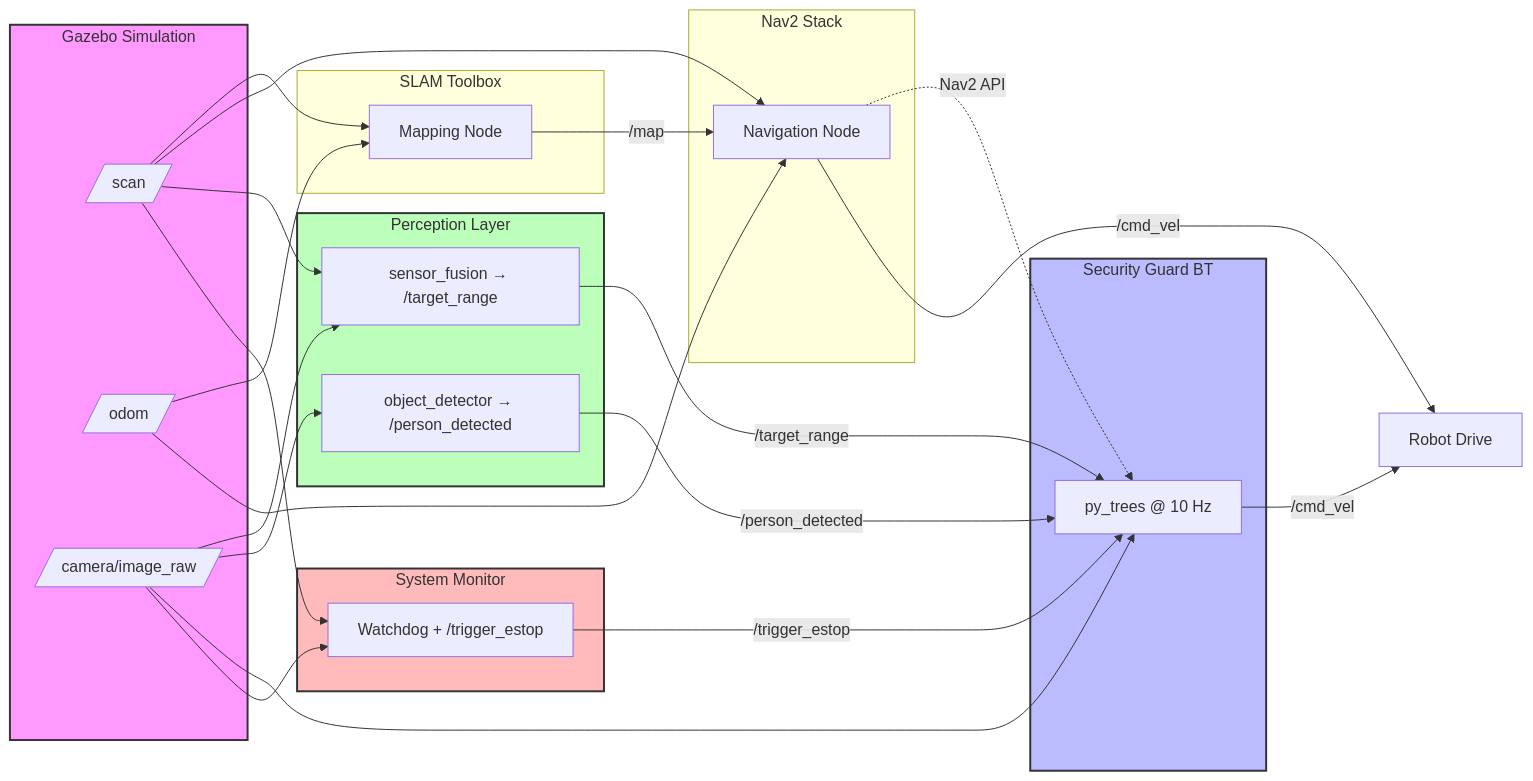
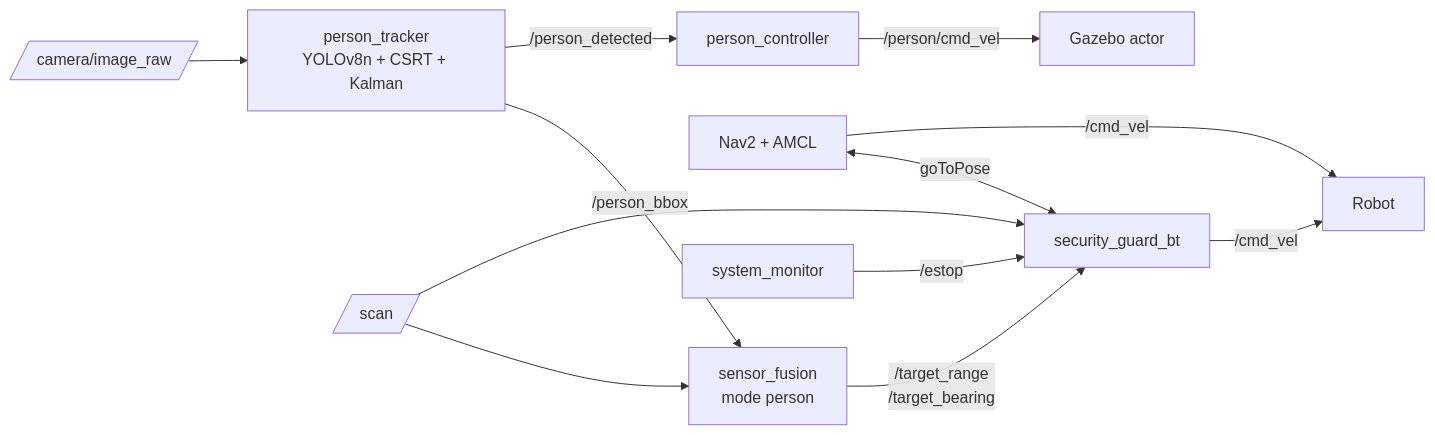
The diagram in README.md (OrtizDiego/AutoNav_Sim), drawn with Mermaid before and after one commit. The commit also changed other lines of this file and 47 other files, not shown here.

````diff
--- a/README.md
+++ b/README.md
@@ -127,57 +68,14 @@
 ```mermaid
 graph LR
-    subgraph Gazebo [Gazebo Simulation]
-        GZ_Scan[/scan/]
-        GZ_Odom[/odom/]
-        GZ_Cam[/camera/image_raw/]
-    end
-
-    subgraph SLAM [SLAM Toolbox]
-        STB[Mapping Node]
-    end
-
-    subgraph Nav [Nav2 Stack]
-        N2[Navigation Node]
-    end
-
-    subgraph Perception [Perception Layer]
-        SF[sensor_fusion → /target_range]
-        OD[object_detector → /person_detected]
-    end
-
-    subgraph Guard [Security Guard BT]
-        BT[py_trees @ 10 Hz]
-    end
-
-    subgraph Monitor [System Monitor]
-        WD[Watchdog + /trigger_estop]
-    end
-
-    GZ_Scan --> STB
-    GZ_Odom --> STB
-    STB -->|/map| N2
-
-    GZ_Scan --> N2
-    GZ_Odom --> N2
-
-    GZ_Scan --> SF
-    GZ_Cam --> SF
-    GZ_Cam --> OD
-
-    SF -->|/target_range| BT
-    OD -->|/person_detected| BT
-    GZ_Cam --> BT
-
-    N2 -.->|Nav2 API| BT
-    BT -->|/cmd_vel| GZ_Drive[Robot Drive]
-    N2 -->|/cmd_vel| GZ_Drive
-
-    GZ_Scan --> WD
-    GZ_Cam --> WD
-    WD -->|/trigger_estop| BT
-
-    style Gazebo fill:#f9f,stroke:#333,stroke-width:2px
-    style Guard fill:#bbf,stroke:#333,stroke-width:2px
-    style Perception fill:#bfb,stroke:#333,stroke-width:2px
-    style Monitor fill:#fbb,stroke:#333,stroke-width:2px
+    CAM[/camera/image_raw/] --> PT[person_tracker<br/>YOLOv8n + CSRT + Kalman]
+    PT -->|/person_bbox| SF[sensor_fusion<br/>mode person]
+    SCAN[/scan/] --> SF
+    SF -->|/target_range<br/>/target_bearing| BT[security_guard_bt]
+    SCAN --> BT
+    NAV[Nav2 + AMCL] <-->|goToPose| BT
+    BT -->|/cmd_vel| ROBOT[Robot]
+    NAV -->|/cmd_vel| ROBOT
+    PT -->|/person_detected| PC[person_controller]
+    PC -->|/person/cmd_vel| ACTOR[Gazebo actor]
+    SM[system_monitor] -->|/estop| BT
 ```
````
